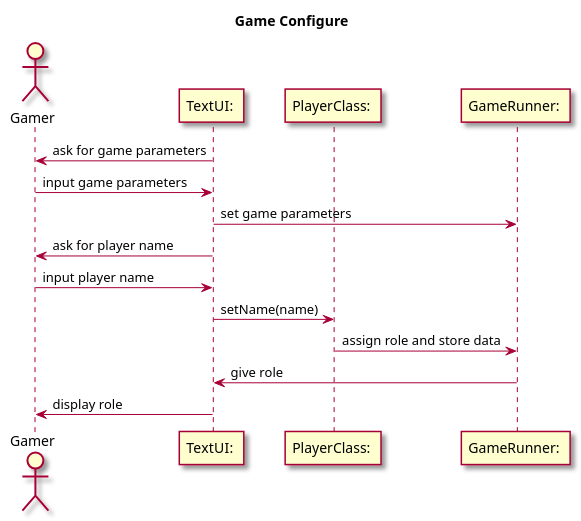
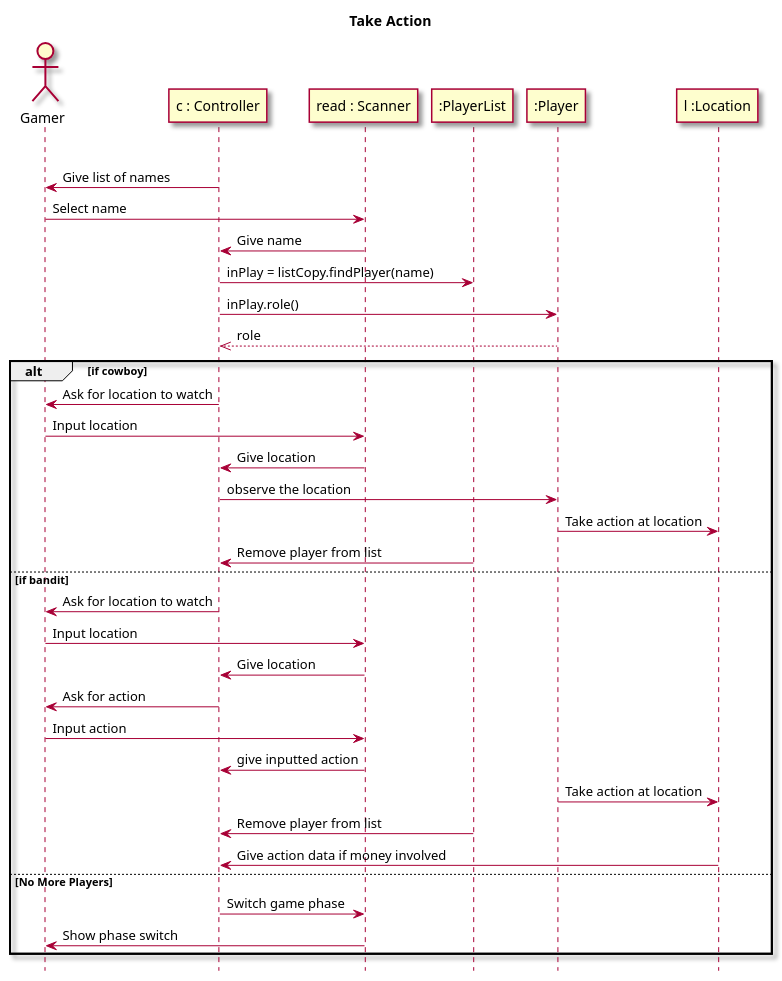
The second of 4 diagrams in doc/design.md (DeannaLC/AndroidProject), drawn with PlantUML before and after one commit. The commit also changed other lines of this file and 2 other files, not shown here.

Commit message:
update: add sequence diagrams to design and merge it into desired diagrams; added iteration plan 2

````diff
--- a/doc/design.md
+++ b/doc/design.md
@@ -120,34 +36,45 @@
 ```plantuml
 @startuml
 
+title Take Action
+hide footbox
+skin rose
+
+actor Gamer as gamer
+participant "c : Controller" as control
+participant "read : Scanner" as UI
+participant ":PlayerList" as players
+participant ":Player" as player
+participant "l :Location" as loc
 
 
+loop More Players
+control -> gamer: Give list of names
+gamer -> UI: Select name
+UI -> control : Give name
+control -> players: inPlay = listCopy.findPlayer(name)
+control -> player: inPlay.role()
+player -->> control: role
+alt if cowboy
+control -> gamer: Ask for location to watch
+gamer -> UI: Input location
+UI -> control: Give location
+control -> player: observe the location
+player -> loc: Take action at location
+players -> control: Remove player from list
+else if bandit
+control -> gamer: Ask for location to watch
+gamer -> UI: Input location
+UI -> control: Give location
+control -> gamer: Ask for action
+gamer -> UI: Input action
+UI -> control: give inputted action
+player -> loc: Take action at location
+players -> control: Remove player from list
+loc -> control: Give action data if money involved
 
-title Game Configure
-
-
-
-
-skin rose
-
-
-
-
-actor Gamer as gamer
-participant "TextUI: " as UI
-participant "PlayerClass: " as player
-participant "GameRunner: " as game
-
-
-
-UI -> gamer : ask for game parameters
-gamer -> UI : input game parameters
-UI -> game : set game parameters
-UI -> gamer : ask for player name
-gamer -> UI : input player name
-UI -> player : setName(name)
-player -> game : assign role and store data
-game -> UI : give role
-UI -> gamer : display role
-@enduml
+else No More Players
+control -> UI: Switch game phase
+UI -> gamer: Show phase switch
+end
 ```
````
